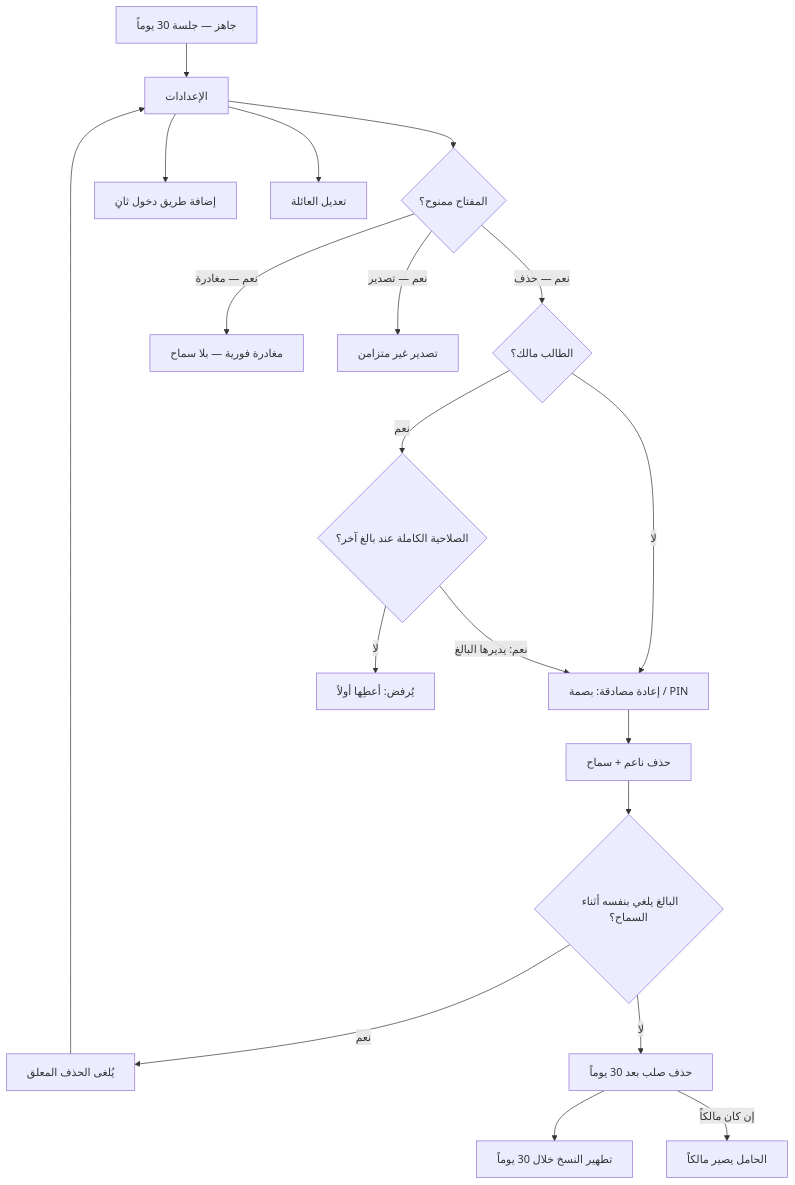
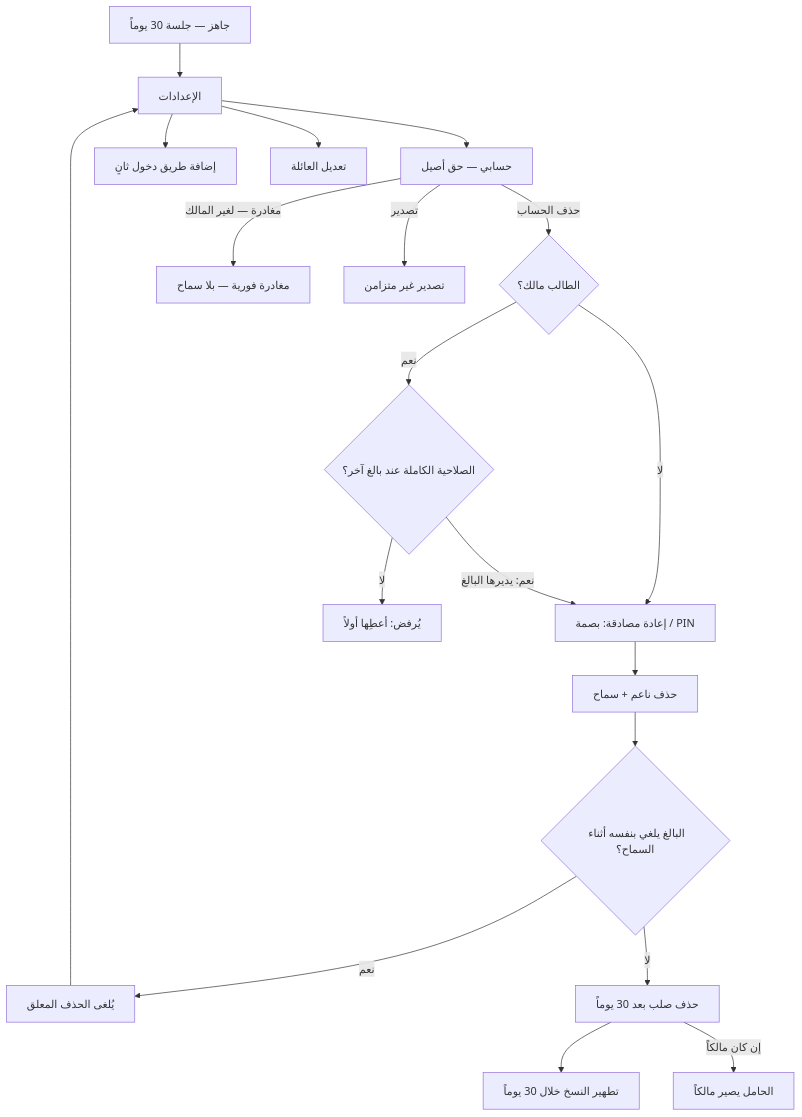
Before and after one commit to Bassam-mohammed-alqaeadi/family-os-v2: diagram 26 of 36 in docs/family-os/governance/phases/phase-1/S1-02-identity-and-onboarding/DIAGRAMS.md, drawn with Mermaid. The commit also changed other lines of this file and 22 other files, not shown here.

First line of the commit message:
docs(governance): diagrams approved (Q-445), Q-440 choices settled (Q-444), second layer closed (Q-443)

````diff
--- a/docs/family-os/governance/phases/phase-1/S1-02-identity-and-onboarding/DIAGRAMS.md
+++ b/docs/family-os/governance/phases/phase-1/S1-02-identity-and-onboarding/DIAGRAMS.md
@@ -1056,21 +1056,21 @@
 ```mermaid
 flowchart TD
     Ready[جاهز — جلسة 30 يوماً] --> Settings[الإعدادات]
-    Settings --> DelKey{المفتاح ممنوح؟}
+    Settings --> DelKey[حسابي — حق أصيل]
     Settings --> AddM[إضافة طريق دخول ثانٍ]
     Settings --> FamEdit[تعديل العائلة]
-    DelKey -->|نعم — حذف| OwnQ{الطالب مالك؟}
-    DelKey -->|نعم — مغادرة| Leave[مغادرة فورية — بلا سماح]
-    DelKey -->|نعم — تصدير| Export[تصدير غير متزامن]
+    DelKey -->|حذف الحساب| OwnQ{الطالب مالك؟}
+    DelKey -->|مغادرة — لغير المالك| Leave[مغادرة فورية — بلا سماح]
+    DelKey -->|تصدير| Export[تصدير غير متزامن]
     OwnQ -->|لا| ReAuth[إعادة مصادقة: بصمة / PIN]
     OwnQ -->|نعم| FAQ{الصلاحية الكاملة عند بالغ آخر؟}
     FAQ -->|لا| OwnNo[يُرفض: أعطِها أولاً]
     FAQ -->|نعم: يديرها البالغ| ReAuth
     ReAuth --> Soft[حذف ناعم + سماح]
     Soft --> CancelQ{البالغ يلغي بنفسه أثناء السماح؟}
     CancelQ -->|نعم| CancelDel[يُلغى الحذف المعلق]
     CancelDel --> Settings
     CancelQ -->|لا| Hard[حذف صلب بعد 30 يوماً]
     Hard --> Purge[تطهير النسخ خلال 30 يوماً]
     Hard -->|إن كان مالكاً| NewOwner[الحامل يصير مالكاً]
 ```
````
